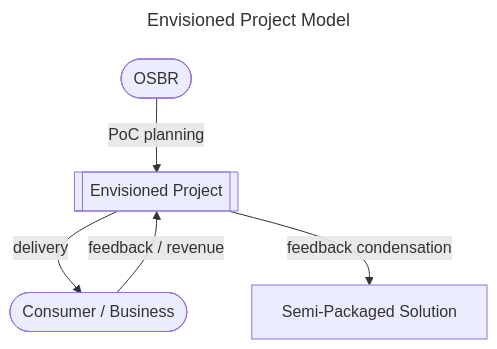
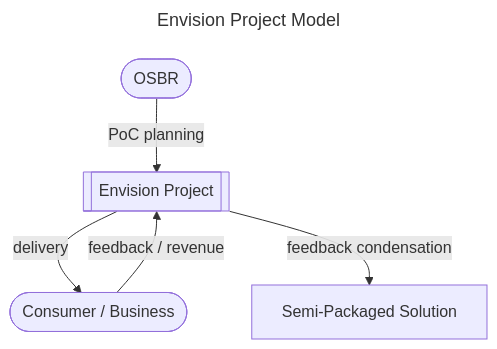
One commit to osbrjp/handbook changed the second of 5 diagrams in doc/strategy.md. Above: the diagram before and after it, drawn with Mermaid. The commit also changed other lines of this file, not shown here.

````diff
--- a/doc/strategy.md
+++ b/doc/strategy.md
@@ -61,10 +61,10 @@
 ```mermaid
 ---
-title: Envisioned Project Model
+title: Envision Project Model
 ---
 graph TB;
-    OSBR([OSBR]) -- "PoC planning" --> ES[[Envisioned Project]];
+    OSBR([OSBR]) -- "PoC planning" --> ES[[Envision Project]];
     CB -- "feedback / revenue" --> ES;
     ES -- "delivery" --> CB([Consumer / Business]);
     ES -- "feedback condensation" --> SPS[Semi-Packaged Solution];
 ```
````
